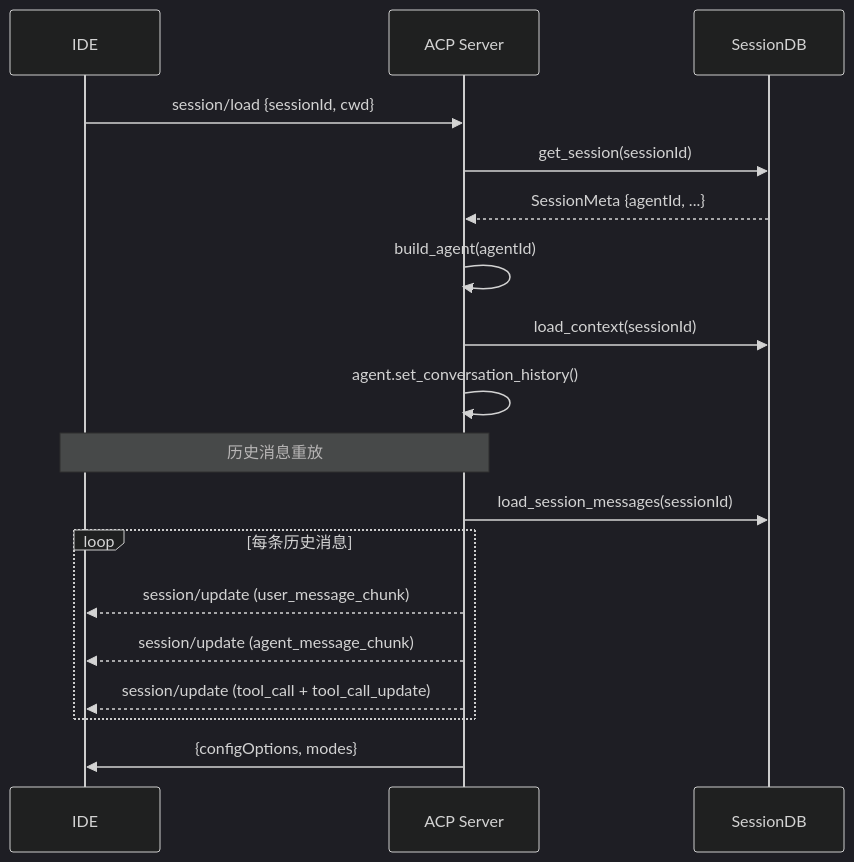
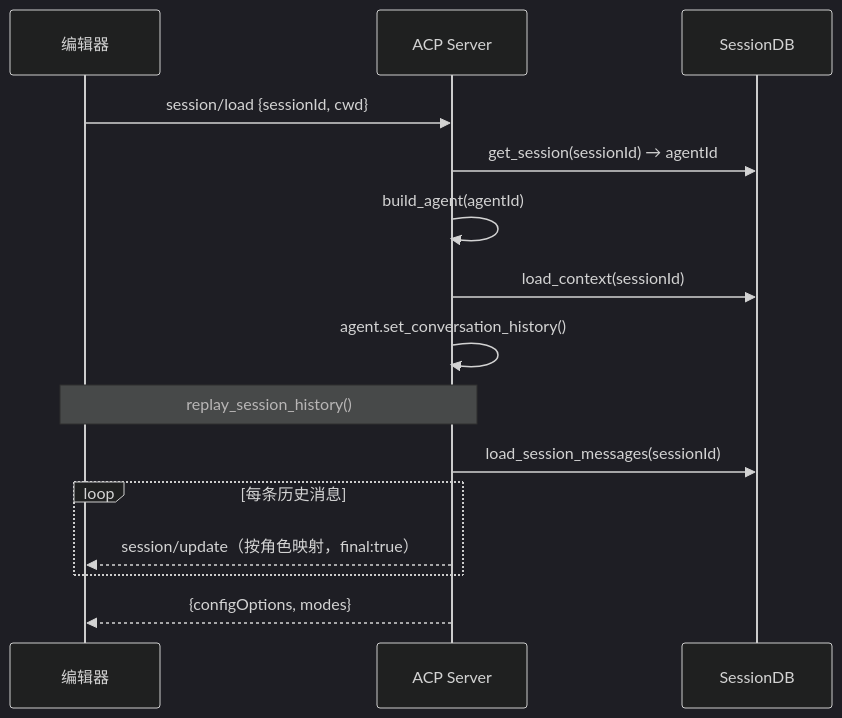
One commit to shiwenwen/hope-agent changed the sixth of 10 diagrams in docs/architecture/acp.md. Above: the diagram before and after it, drawn with Mermaid (dark theme). The commit also changed other lines of this file and 11 other files, not shown here.

````diff
--- a/docs/architecture/acp.md
+++ b/docs/architecture/acp.md
@@ -242,23 +264,19 @@
 ```mermaid
 sequenceDiagram
-    participant IDE as IDE
+    participant IDE as 编辑器
     participant ACP as ACP Server
     participant DB as SessionDB
 
     IDE->>ACP: session/load {sessionId, cwd}
-    ACP->>DB: get_session(sessionId)
-    DB-->>ACP: SessionMeta {agentId, ...}
+    ACP->>DB: get_session(sessionId) → agentId
     ACP->>ACP: build_agent(agentId)
     ACP->>DB: load_context(sessionId)
     ACP->>ACP: agent.set_conversation_history()
 
-    Note over ACP,IDE: 历史消息重放
+    Note over ACP,IDE: replay_session_history()
     ACP->>DB: load_session_messages(sessionId)
     loop 每条历史消息
-        ACP-->>IDE: session/update (user_message_chunk)
-        ACP-->>IDE: session/update (agent_message_chunk)
-        ACP-->>IDE: session/update (tool_call + tool_call_update)
+        ACP-->>IDE: session/update（按角色映射，final:true）
     end
-
-    ACP->>IDE: {configOptions, modes}
+    ACP-->>IDE: {configOptions, modes}
 ```
````
